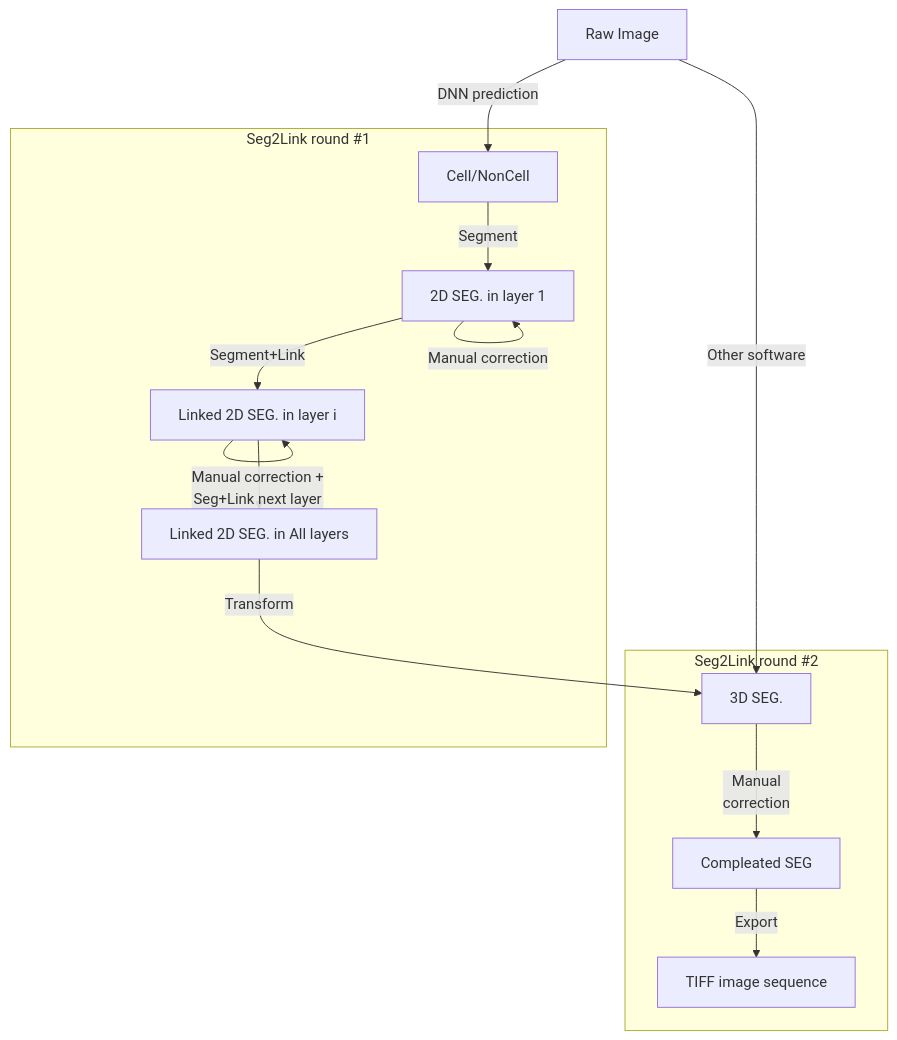
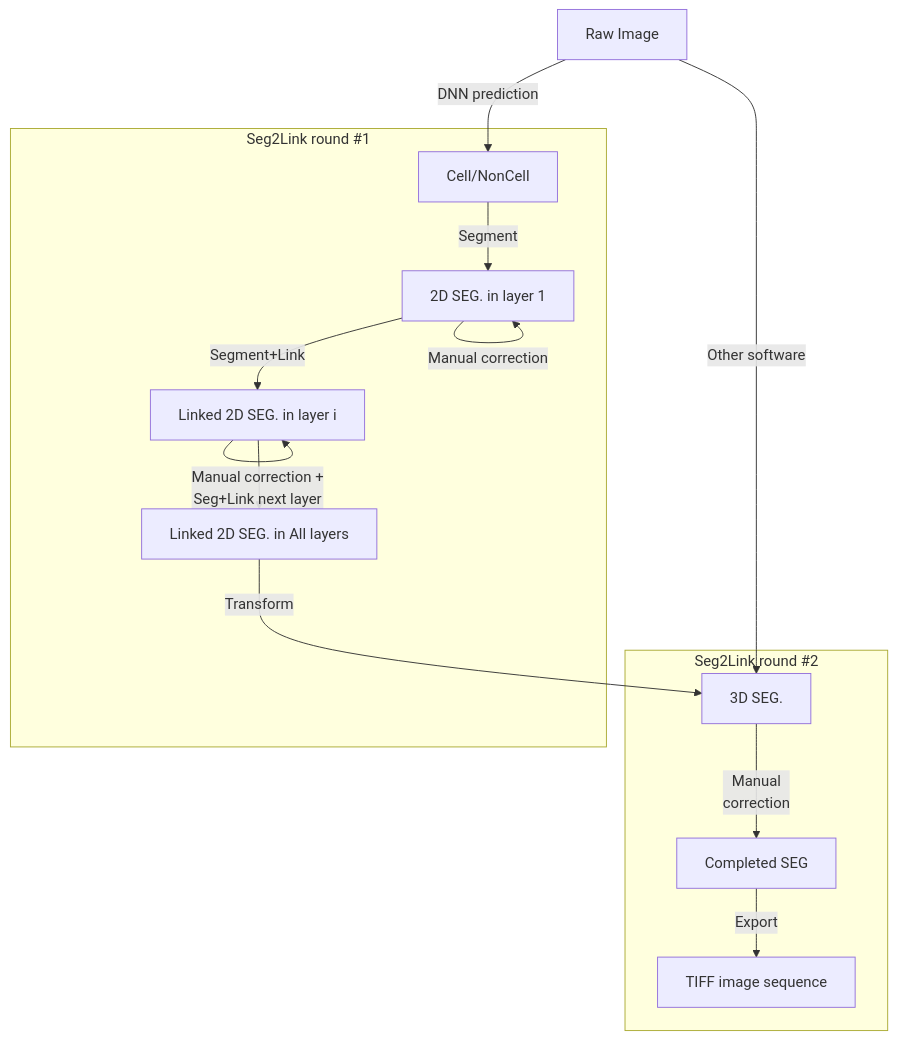
Before and after one commit to WenChentao/Seg2Link: the diagram in README.MD, drawn with Mermaid. The commit also changed other lines of this file, not shown here.

Commit message:
Updated Information

````diff
--- a/README.MD
+++ b/README.MD
@@ -19,19 +20,19 @@
 ```mermaid
   flowchart TB
   A[Raw Image]-->|DNN prediction|B1[Cell/NonCell]
 
   subgraph ide1 [Seg2Link round #1]
     B1-->|Segment|B2[2D SEG. in layer 1]
     B2-->|Segment+Link|C[Linked 2D SEG. in layer i]
     B2-->|Manual correction|B2
     C-->|Manual correction + <br> Seg+Link next layer|C
     C-->D[Linked 2D SEG. in All layers]
   end
- 
+
   subgraph ide2 [Seg2Link round #2]
     D-->|Transform|E[3D SEG.]
-    E-->|Manual <br/> correction|F[Compleated SEG]
+    E-->|Manual <br/> correction|F[Completed SEG]
     F-->|Export|G[TIFF image sequence]
   end
   A-->|Other software|E
 ```
````
